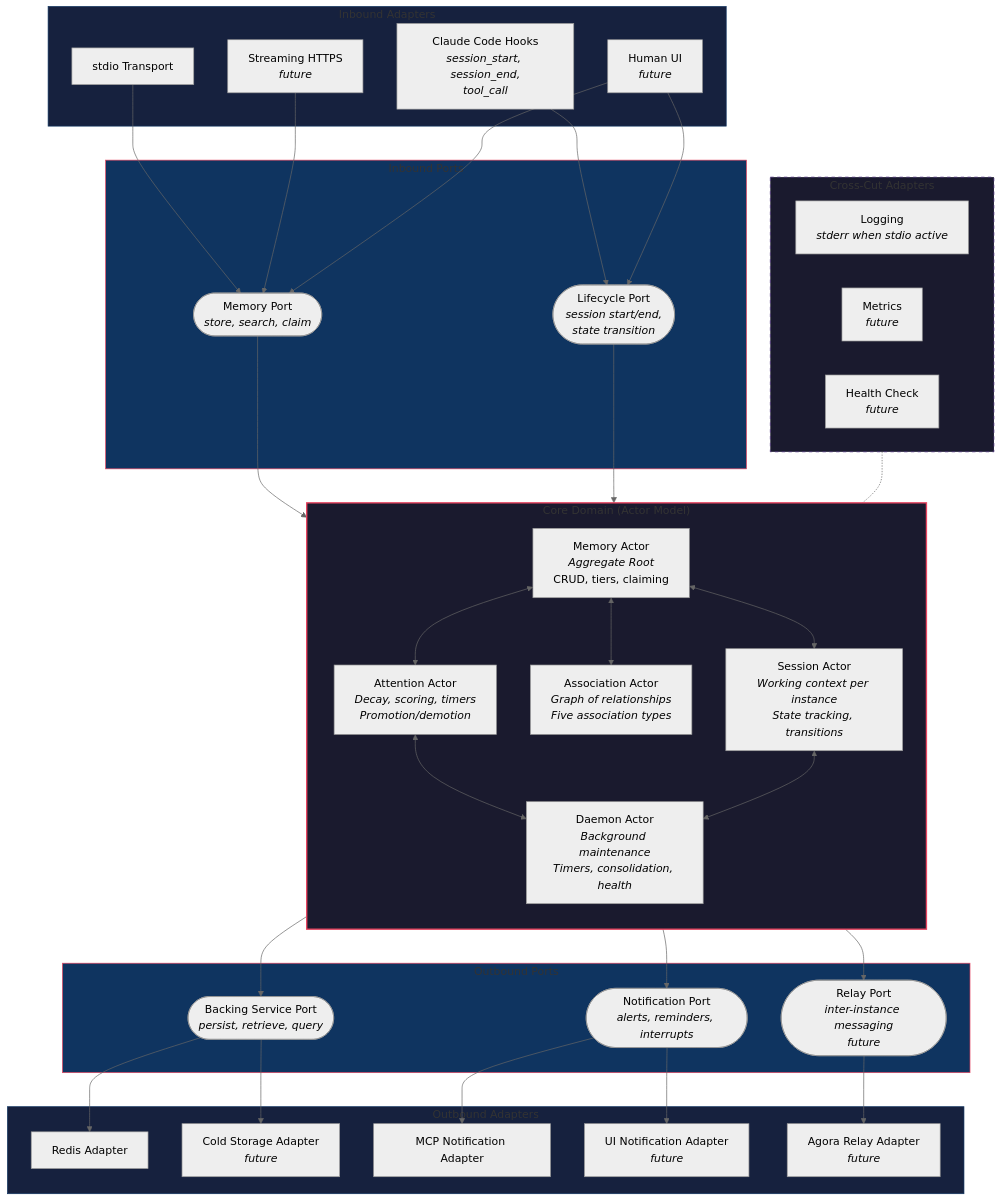
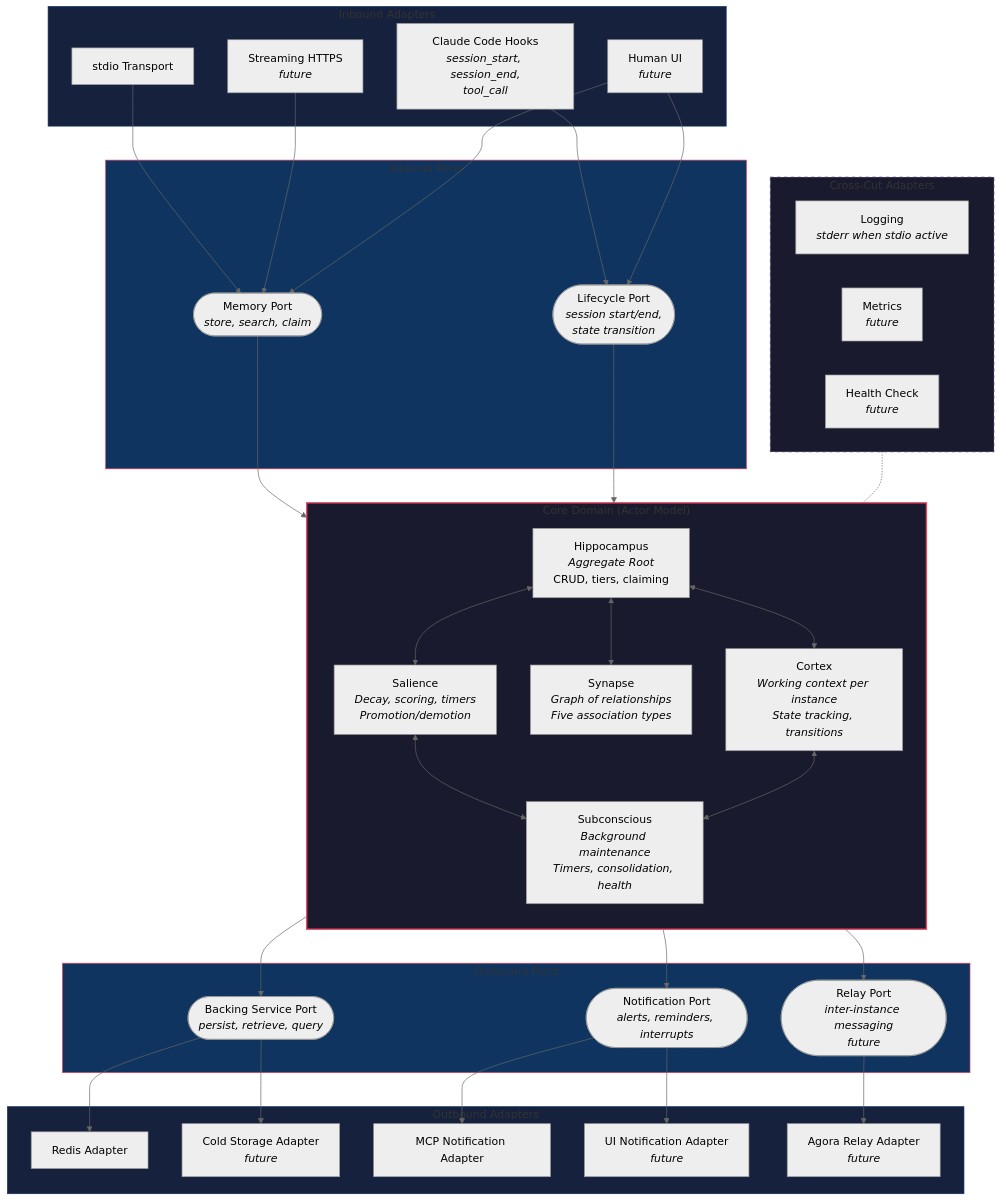
One commit to Mimis-Gildi/mcp-total-recall changed the diagram in site/_includes/diagrams/hex-0001-ports-and-adapters.mmd. Above: the diagram before and after it, drawn with Mermaid (neutral theme). The commit also changed 31 other files, not shown here.

```diff
--- a/site/_includes/diagrams/hex-0001-ports-and-adapters.mmd
+++ b/site/_includes/diagrams/hex-0001-ports-and-adapters.mmd
@@ -1,75 +1,75 @@
 graph TB
     subgraph Adapters_In ["Inbound Adapters"]
         STDIO["stdio Transport"]
         HTTPS["Streaming HTTPS<br/><i>future</i>"]
         HOOKS["Claude Code Hooks<br/><i>session_start, session_end,</i><br/><i>tool_call</i>"]
         UI["Human UI<br/><i>future</i>"]
     end
 
     subgraph Ports_In ["Inbound Ports"]
         MEMORY_PORT(["Memory Port<br/><i>store, search, claim</i>"])
         LIFECYCLE_PORT(["Lifecycle Port<br/><i>session start/end,</i><br/><i>state transition</i>"])
     end
 
     subgraph Core ["Core Domain (Actor Model)"]
         direction TB
-        MEMORY["Memory Actor<br/><i>Aggregate Root</i><br/>CRUD, tiers, claiming"]
-        ATTENTION["Attention Actor<br/><i>Decay, scoring, timers</i><br/><i>Promotion/demotion</i>"]
-        ASSOCIATION["Association Actor<br/><i>Graph of relationships</i><br/><i>Five association types</i>"]
-        SESSION["Session Actor<br/><i>Working context per instance</i><br/><i>State tracking, transitions</i>"]
-        DAEMON["Daemon Actor<br/><i>Background maintenance</i><br/><i>Timers, consolidation, health</i>"]
+        HIPPOCAMPUS["Hippocampus<br/><i>Aggregate Root</i><br/>CRUD, tiers, claiming"]
+        SALIENCE["Salience<br/><i>Decay, scoring, timers</i><br/><i>Promotion/demotion</i>"]
+        SYNAPSE["Synapse<br/><i>Graph of relationships</i><br/><i>Five association types</i>"]
+        CORTEX["Cortex<br/><i>Working context per instance</i><br/><i>State tracking, transitions</i>"]
+        SUBCONSCIOUS["Subconscious<br/><i>Background maintenance</i><br/><i>Timers, consolidation, health</i>"]
 
-        MEMORY <--> ATTENTION
-        MEMORY <--> ASSOCIATION
-        MEMORY <--> SESSION
-        ATTENTION <--> DAEMON
-        SESSION <--> DAEMON
+        HIPPOCAMPUS <--> SALIENCE
+        HIPPOCAMPUS <--> SYNAPSE
+        HIPPOCAMPUS <--> CORTEX
+        SALIENCE <--> SUBCONSCIOUS
+        CORTEX <--> SUBCONSCIOUS
     end
 
     subgraph Ports_Out ["Outbound Ports"]
         BACKING_PORT(["Backing Service Port<br/><i>persist, retrieve, query</i>"])
         NOTIFICATION_PORT(["Notification Port<br/><i>alerts, reminders, interrupts</i>"])
         RELAY_PORT(["Relay Port<br/><i>inter-instance messaging</i><br/><i>future</i>"])
     end
 
     subgraph Adapters_Out ["Outbound Adapters"]
         REDIS["Redis Adapter"]
         COLD_STORE["Cold Storage Adapter<br/><i>future</i>"]
         MCP_NOTIFY["MCP Notification Adapter"]
         UI_NOTIFY["UI Notification Adapter<br/><i>future</i>"]
         AGORA["Agora Relay Adapter<br/><i>future</i>"]
     end
 
     subgraph Cross_Cuts ["Cross-Cut Adapters"]
         LOG["Logging<br/><i>stderr when stdio active</i>"]
         METRICS["Metrics<br/><i>future</i>"]
         HEALTH["Health Check<br/><i>future</i>"]
     end
 
     STDIO --> MEMORY_PORT
     HTTPS --> MEMORY_PORT
     HOOKS --> LIFECYCLE_PORT
     UI --> MEMORY_PORT
     UI --> LIFECYCLE_PORT
 
     MEMORY_PORT --> Core
     LIFECYCLE_PORT --> Core
 
     Core --> BACKING_PORT
     Core --> NOTIFICATION_PORT
     Core --> RELAY_PORT
 
     BACKING_PORT --> REDIS
     BACKING_PORT --> COLD_STORE
     NOTIFICATION_PORT --> MCP_NOTIFY
     NOTIFICATION_PORT --> UI_NOTIFY
     RELAY_PORT --> AGORA
 
     Cross_Cuts -.- Core
 
     style Core fill:#1a1a2e,stroke:#e94560,stroke-width:2px
     style Adapters_In fill:#16213e,stroke:#0f3460,stroke-width:1px
     style Adapters_Out fill:#16213e,stroke:#0f3460,stroke-width:1px
     style Ports_In fill:#0f3460,stroke:#e94560,stroke-width:1px
     style Ports_Out fill:#0f3460,stroke:#e94560,stroke-width:1px
     style Cross_Cuts fill:#1a1a2e,stroke:#533483,stroke-width:1px,stroke-dasharray: 5 5
```
